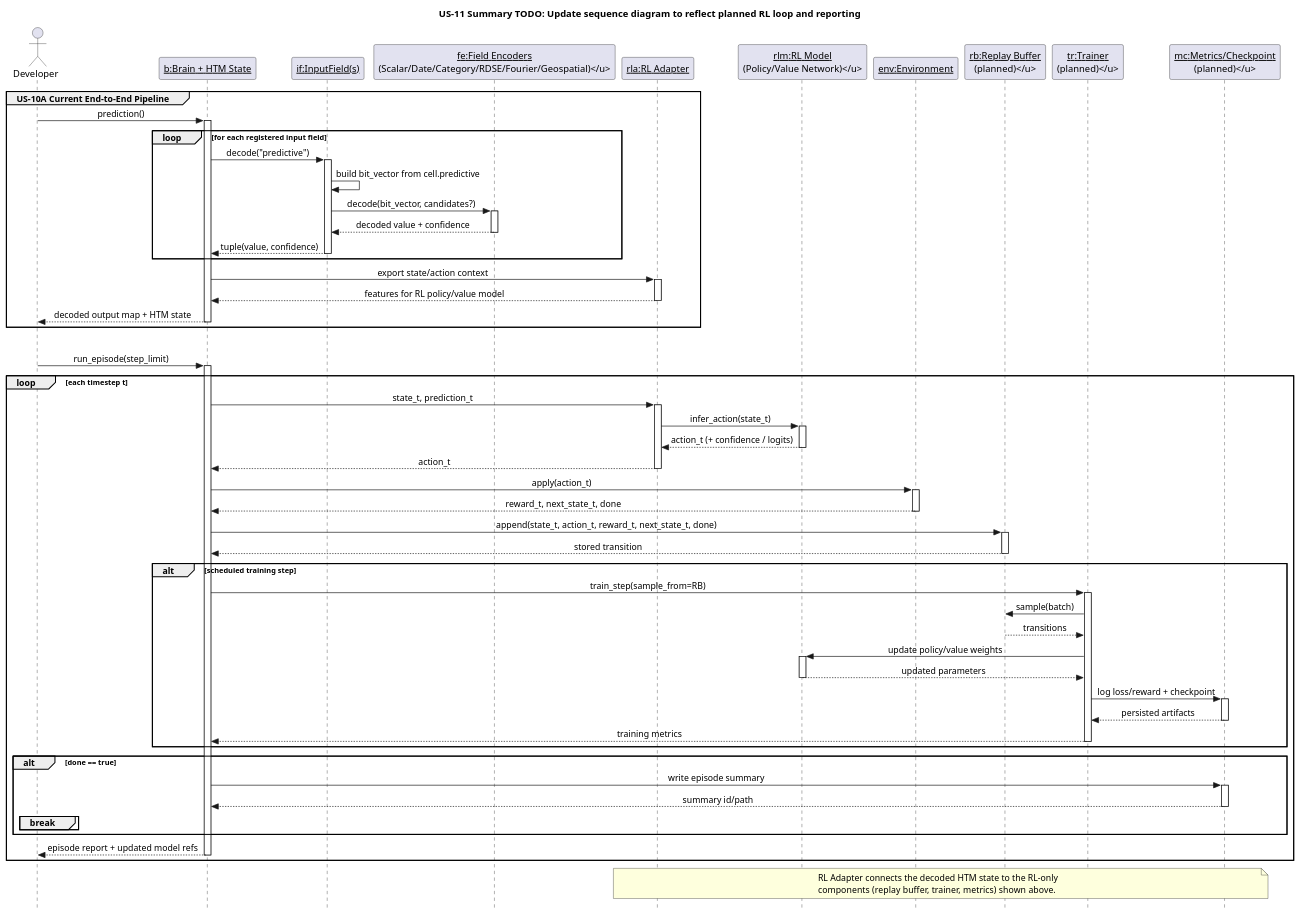
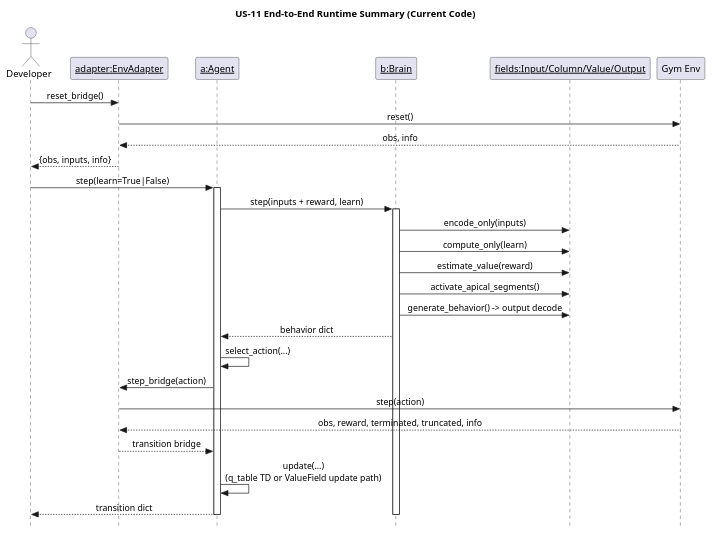
One commit to egrembocki/htmrl changed the diagram in docs/puml/US/us-11.puml. Above: the diagram before and after it, drawn with PlantUML. The commit also changed 10 other files, not shown here.

Commit message:
Update US sequence diagrams to match current runtime code paths

```diff
--- a/docs/puml/US/us-11.puml
+++ b/docs/puml/US/us-11.puml
@@ -1,99 +1,41 @@
 @startuml
 skinparam style strictuml
 skinparam sequenceMessageAlign center
 skinparam responseMessageBelowArrow true
 
-title US-11 Summary TODO: Update sequence diagram to reflect planned RL loop and reporting
+title US-11 End-to-End Runtime Summary (Current Code)
 
-actor "Developer" as Dev
-participant "<u>b:Brain + HTM State</u>" as BR
-participant "<u>if:InputField(s)</u>" as IF
-participant "<u>fe:Field Encoders\n(Scalar/Date/Category/RDSE/Fourier/Geospatial)</u>" as FE
-participant "<u>rla:RL Adapter</u>" as RLA
-participant "<u>rlm:RL Model\n(Policy/Value Network)</u>" as RLM
-participant "<u>env:Environment</u>" as ENV
-participant "<u>rb:Replay Buffer\n(planned)</u>" as RB
-participant "<u>tr:Trainer\n(planned)</u>" as TR
-participant "<u>mc:Metrics/Checkpoint\n(planned)</u>" as MC
+actor Developer as Dev
+participant "<u>adapter:EnvAdapter</u>" as EA
+participant "<u>a:Agent</u>" as AG
+participant "<u>b:Brain</u>" as BR
+participant "<u>fields:Input/Column/Value/Output</u>" as F
+participant "Gym Env" as ENV
 
-group US-10A Current End-to-End Pipeline
-  Dev -> BR: prediction()
-  activate BR
-  loop for each registered input field
-    BR -> IF: decode("predictive")
-    activate IF
-    IF -> IF: build bit_vector from cell.predictive
-    IF -> FE: decode(bit_vector, candidates?)
-    activate FE
-    FE --> IF: decoded value + confidence
-    deactivate FE
-    IF --> BR: tuple(value, confidence)
-    deactivate IF
-  end
+Dev -> EA: reset_bridge()
+EA -> ENV: reset()
+ENV --> EA: obs, info
+EA --> Dev: {obs, inputs, info}
 
-  BR -> RLA: export state/action context
-  activate RLA
-  RLA --> BR: features for RL policy/value model
-  deactivate RLA
+Dev -> AG: step(learn=True|False)
+activate AG
+AG -> BR: step(inputs + reward, learn)
+activate BR
+BR -> F: encode_only(inputs)
+BR -> F: compute_only(learn)
+BR -> F: estimate_value(reward)
+BR -> F: activate_apical_segments()
+BR -> F: generate_behavior() -> output decode
+BR --> AG: behavior dict
 
-  BR --> Dev: decoded output map + HTM state
-  deactivate BR
-end
+AG -> AG: select_action(...)
+AG -> EA: step_bridge(action)
+EA -> ENV: step(action)
+ENV --> EA: obs, reward, terminated, truncated, info
+EA --> AG: transition bridge
+AG -> AG: update(...)\n(q_table TD or ValueField update path)
+AG --> Dev: transition dict
 
-group US-10B Planned RL Loop (Figure 6-1/6-2 Alignment)
-  Dev -> BR: run_episode(step_limit)
-  activate BR
-  loop each timestep t
-    BR -> RLA: state_t, prediction_t
-    activate RLA
-    RLA -> RLM: infer_action(state_t)
-    activate RLM
-    RLM --> RLA: action_t (+ confidence / logits)
-    deactivate RLM
-    RLA --> BR: action_t
-    deactivate RLA
-
-    BR -> ENV: apply(action_t)
-    activate ENV
-    ENV --> BR: reward_t, next_state_t, done
-    deactivate ENV
-
-    BR -> RB: append(state_t, action_t, reward_t, next_state_t, done)
-    activate RB
-    RB --> BR: stored transition
-    deactivate RB
-
-    alt scheduled training step
-      BR -> TR: train_step(sample_from=RB)
-      activate TR
-      TR -> RB: sample(batch)
-      RB --> TR: transitions
-      TR -> RLM: update policy/value weights
-      activate RLM
-      RLM --> TR: updated parameters
-      deactivate RLM
-      TR -> MC: log loss/reward + checkpoint
-      activate MC
-      MC --> TR: persisted artifacts
-      deactivate MC
-      TR --> BR: training metrics
-      deactivate TR
-    end
-
-    alt done == true
-      BR -> MC: write episode summary
-      activate MC
-      MC --> BR: summary id/path
-      deactivate MC
-      break
-    end
-  end
-  BR --> Dev: episode report + updated model refs
-  deactivate BR
-end
-
-note over RLA,MC
-RL Adapter connects the decoded HTM state to the RL-only
-components (replay buffer, trainer, metrics) shown above.
-end note
+deactivate BR
+deactivate AG
 @enduml
```
